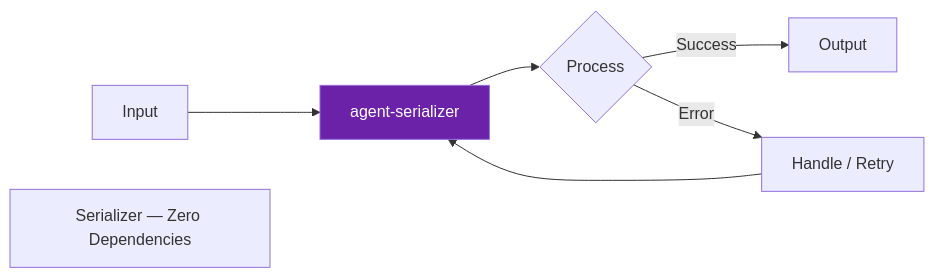
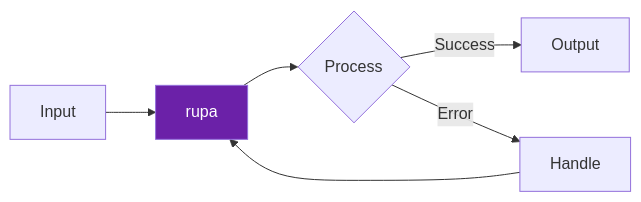
The diagram in README.md (darshjme/agent-serializer), drawn with Mermaid before and after one commit. The commit also changed other lines of this file and 1 other file, not shown here.

First line of the commit message:
feat(vedic-v3): rename to rupa (रूप)

````diff
--- a/README.md
+++ b/README.md
@@ -48,10 +39,9 @@
 ```mermaid
 flowchart LR
-    A[Input] --> B[agent-serializer]
+    A[Input] --> B[rupa]
     B --> C{Process}
     C -- Success --> D[Output]
-    C -- Error --> E[Handle / Retry]
+    C -- Error --> E[Handle]
     E --> B
     style B fill:#6b21a8,color:#fff
-    note["Serializer — Zero Dependencies"]
 ```
````
